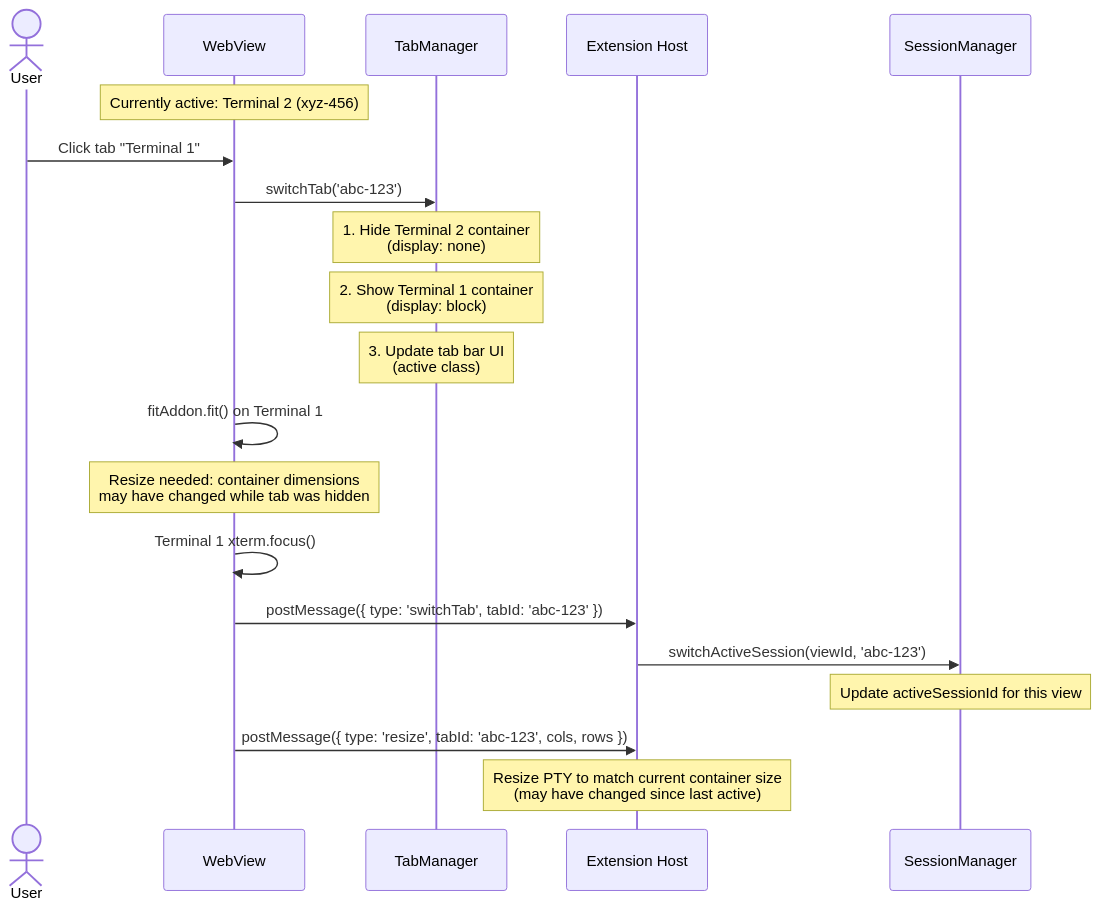
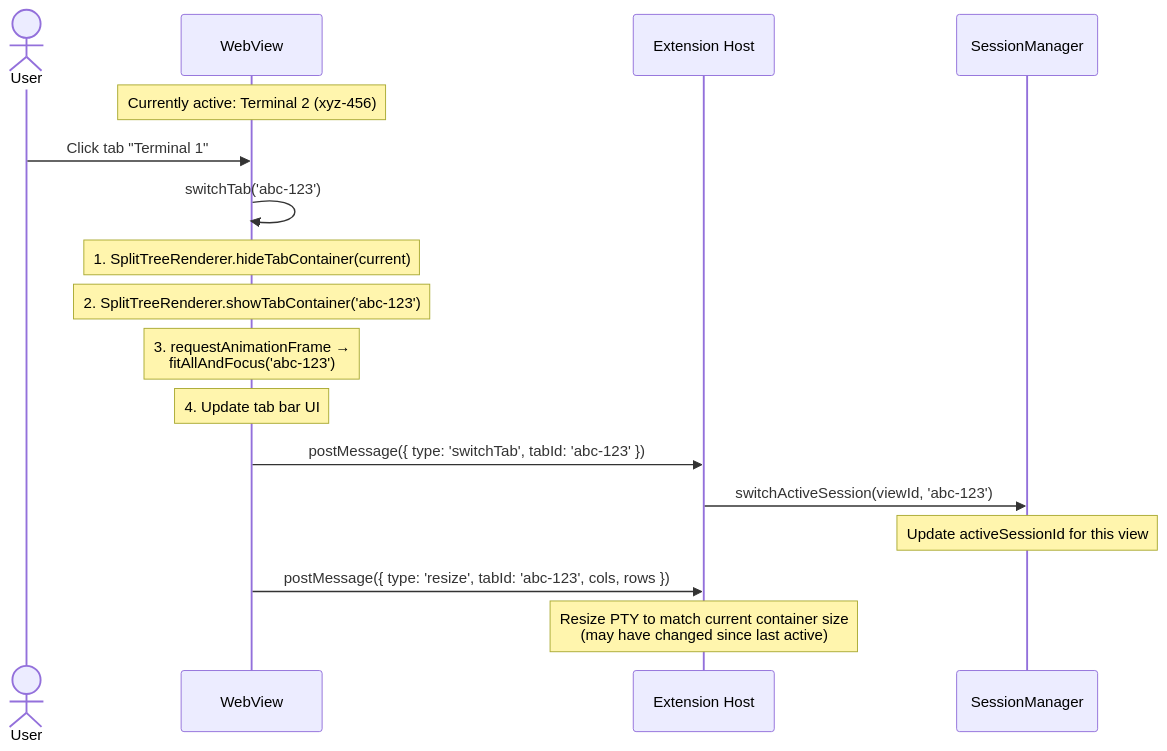
One commit to huybuidac/anywhere-terminal changed the third of 8 diagrams in docs/design/flow-multi-tab.md. Above: the diagram before and after it, drawn with Mermaid. The commit also changed other lines of this file and 46 other files, not shown here.

Commit message:
refactor: extract terminal factory, split renderer, and flow control into dedicated modules, reducing main.ts to a composition root, and add new webview tests.

````diff
--- a/docs/design/flow-multi-tab.md
+++ b/docs/design/flow-multi-tab.md
@@ -125,28 +94,24 @@
 ```mermaid
 sequenceDiagram
     actor User
     participant WV as WebView
-    participant TM as TabManager
     participant Ext as Extension Host
     participant SM as SessionManager
 
     Note over WV: Currently active: Terminal 2 (xyz-456)
 
     User->>WV: Click tab "Terminal 1"
-    WV->>TM: switchTab('abc-123')
+    WV->>WV: switchTab('abc-123')
 
-    Note over TM: 1. Hide Terminal 2 container<br/>(display: none)
-    Note over TM: 2. Show Terminal 1 container<br/>(display: block)
-    Note over TM: 3. Update tab bar UI<br/>(active class)
-    
-    WV->>WV: fitAddon.fit() on Terminal 1
-    Note over WV: Resize needed: container dimensions<br/>may have changed while tab was hidden
-    WV->>WV: Terminal 1 xterm.focus()
+    Note over WV: 1. SplitTreeRenderer.hideTabContainer(current)
+    Note over WV: 2. SplitTreeRenderer.showTabContainer('abc-123')
+    Note over WV: 3. requestAnimationFrame →<br/>fitAllAndFocus('abc-123')
+    Note over WV: 4. Update tab bar UI
 
     WV->>Ext: postMessage({ type: 'switchTab', tabId: 'abc-123' })
     Ext->>SM: switchActiveSession(viewId, 'abc-123')
     Note over SM: Update activeSessionId for this view
 
     WV->>Ext: postMessage({ type: 'resize', tabId: 'abc-123', cols, rows })
     Note over Ext: Resize PTY to match current container size<br/>(may have changed since last active)
 ```
````
